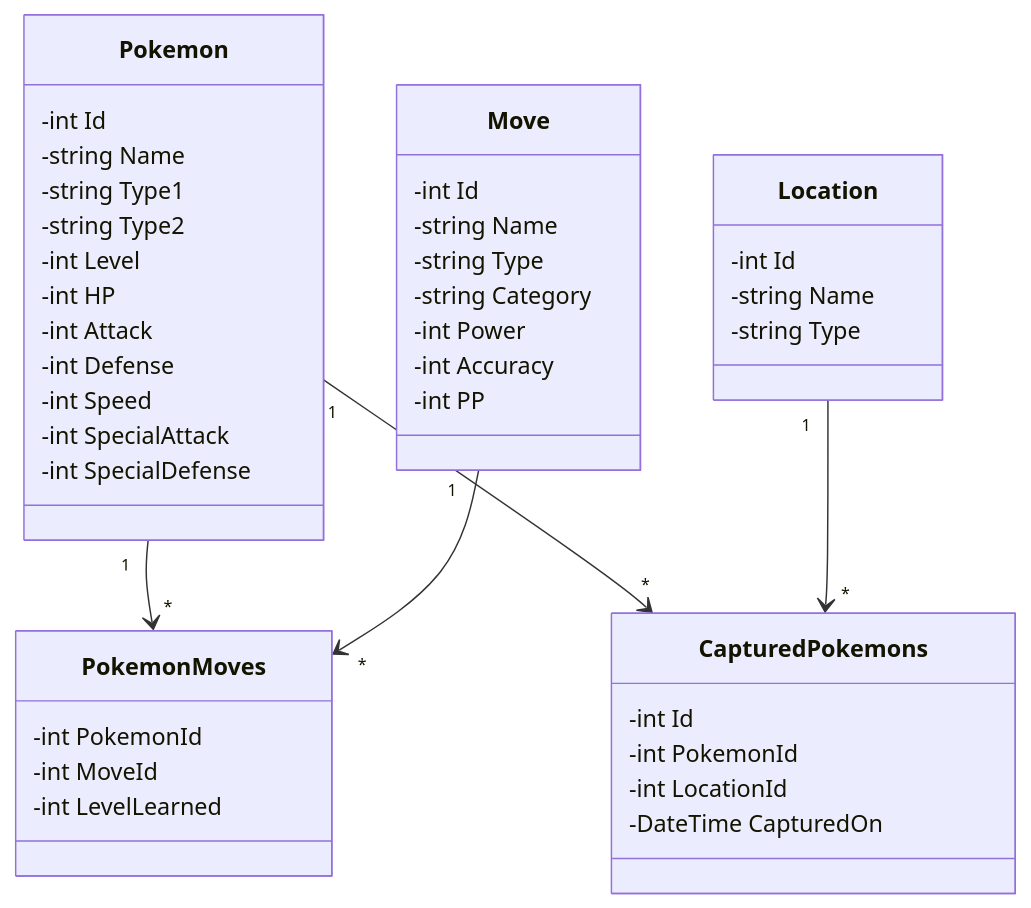
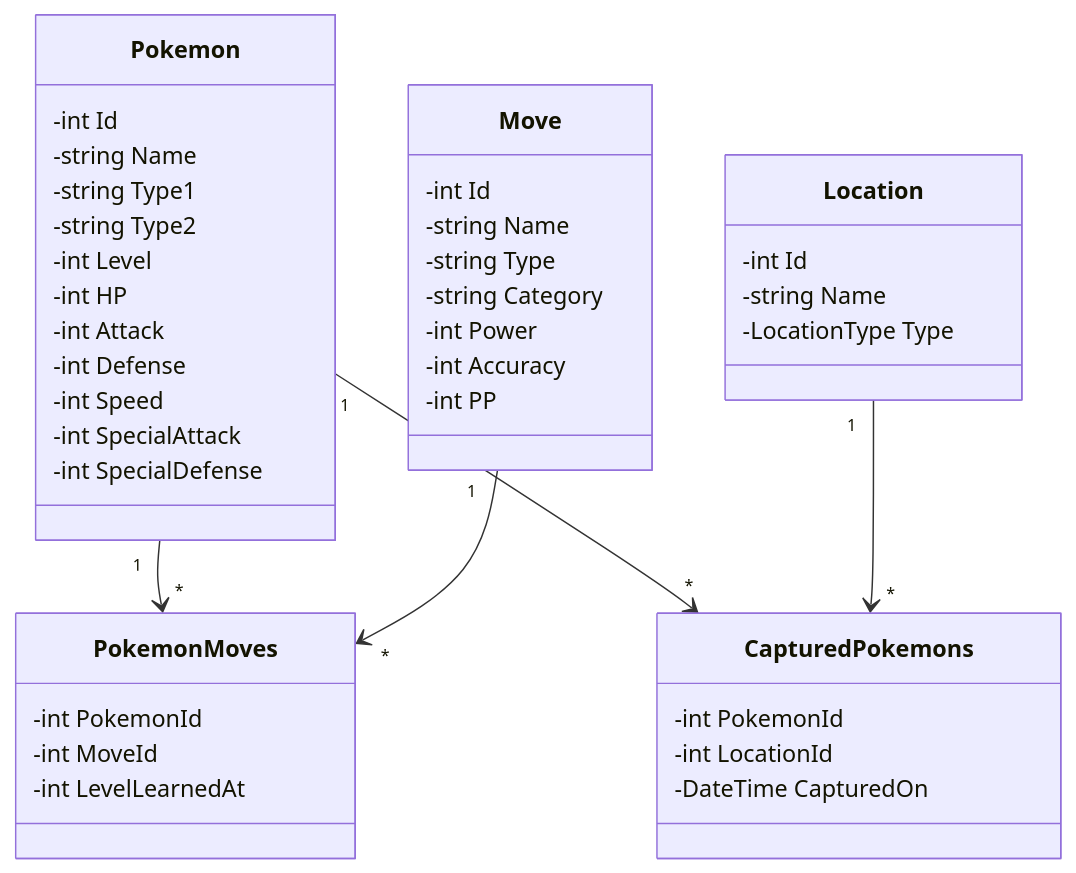
Before and after one commit to DivyenduDutta/UnovaJournal: the first of 2 diagrams in README.md, drawn with Mermaid.

Commit message:
[DOC] Update UML diagram
Updated UML diagram to be consistent with model classes

````diff
--- a/README.md
+++ b/README.md
@@ -39,50 +39,49 @@
 ```mermaid
 classDiagram
     class Pokemon {
       -int Id
       -string Name 
       -string Type1
       -string Type2
       -int Level
       -int HP
       -int Attack
       -int Defense
       -int Speed
       -int SpecialAttack
       -int SpecialDefense
     }
 
     class Move {
       -int Id
       -string Name
       -string Type
       -string Category
       -int Power
       -int Accuracy
       -int PP
     }
 
     class PokemonMoves {
       -int PokemonId
       -int MoveId
-      -int LevelLearned
+      -int LevelLearnedAt
     }
     
     class Location {
       -int Id
       -string Name
-      -string Type
+      -LocationType Type
     }
     
     class CapturedPokemons {
-      -int Id
       -int PokemonId
       -int LocationId
       -DateTime CapturedOn
     }
 
     Pokemon "1" --> "*" PokemonMoves
     Move "1" --> "*" PokemonMoves
     Pokemon "1" --> "*" CapturedPokemons
     Location "1" --> "*" CapturedPokemons
 ```
````
